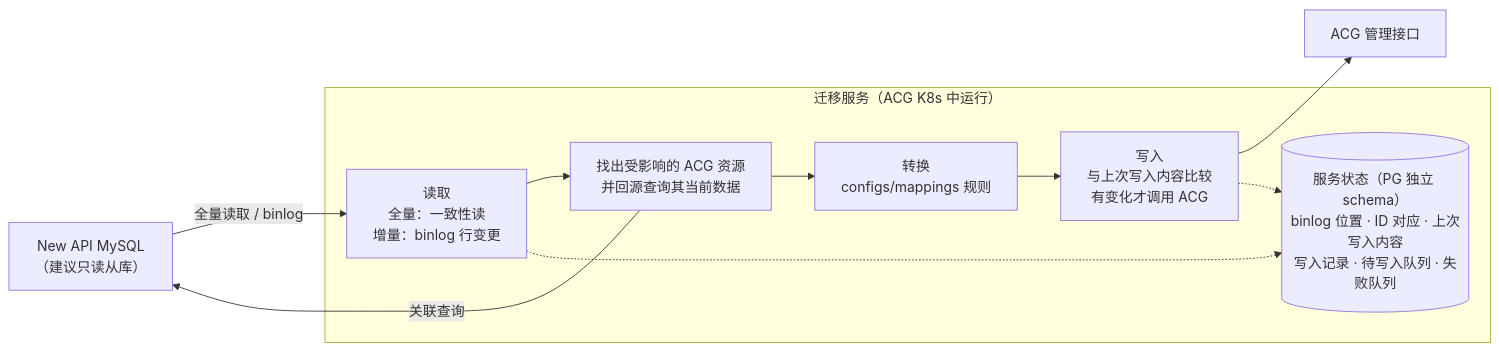
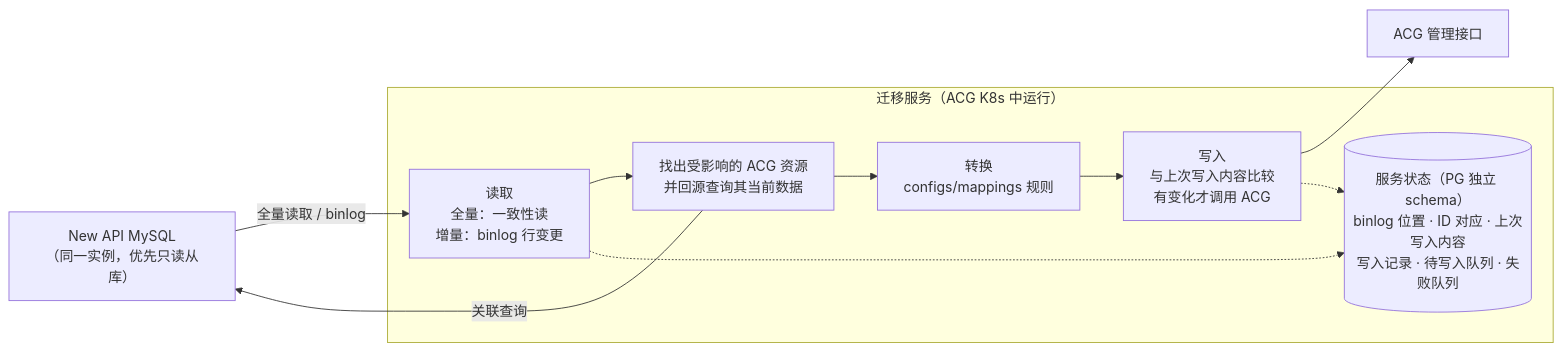
One commit to hyperbolic-c/newapi2ACG changed the first of 2 diagrams in design-v3.3.md. Above: the diagram before and after it, drawn with Mermaid. The commit also changed other lines of this file and 2 other files, not shown here.

First line of the commit message:
docs: binlog, full read and lookups must use one MySQL instance

````diff
--- a/design-v3.3.md
+++ b/design-v3.3.md
@@ -121,19 +124,19 @@
 ```mermaid
 flowchart LR
-    SRC["New API MySQL<br/>（建议只读从库）"]
+    SRC["New API MySQL<br/>（同一实例，优先只读从库）"]
 
     subgraph SVC["迁移服务（ACG K8s 中运行）"]
         R["读取<br/>全量：一致性读<br/>增量：binlog 行变更"]
         A["找出受影响的 ACG 资源<br/>并回源查询其当前数据"]
         M["转换<br/>configs/mappings 规则"]
         W["写入<br/>与上次写入内容比较<br/>有变化才调用 ACG"]
         S[("服务状态（PG 独立 schema）<br/>binlog 位置 · ID 对应 · 上次写入内容<br/>写入记录 · 待写入队列 · 失败队列")]
     end
 
     ACG["ACG 管理接口"]
 
     SRC -->|全量读取 / binlog| R --> A --> M --> W --> ACG
     A -->|关联查询| SRC
     W -.-> S
     R -.-> S
 ```
````
